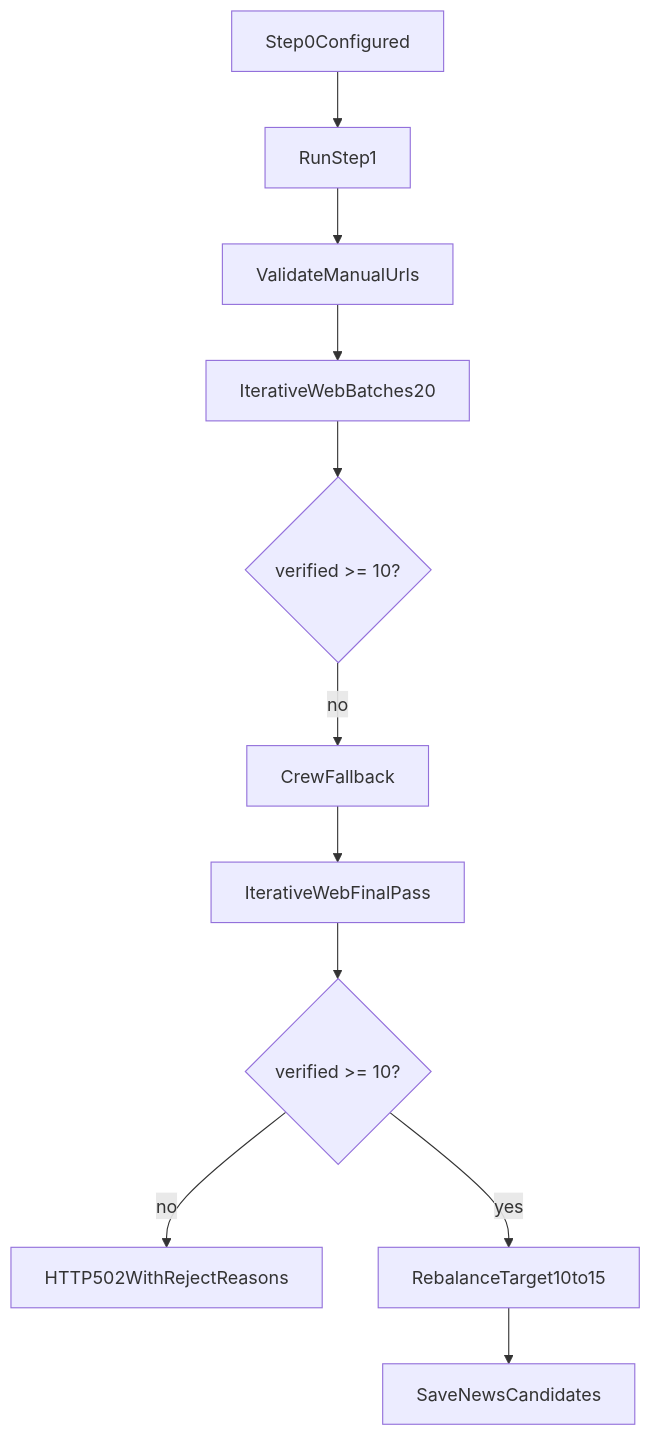
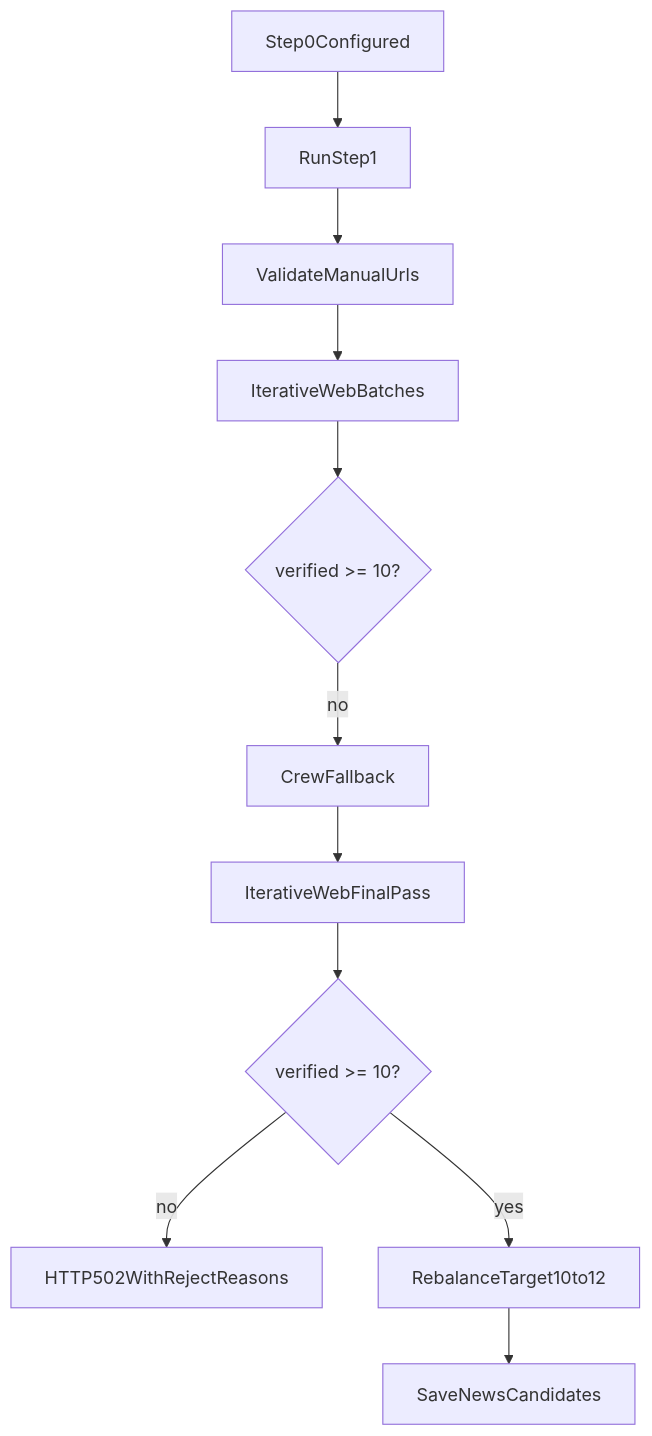
Before and after one commit to Ardierous/NewsAI: the diagram in docs/STEP1_PIPELINE.md, drawn with Mermaid. The commit also changed other lines of this file and 10 other files, not shown here.

````diff
--- a/docs/STEP1_PIPELINE.md
+++ b/docs/STEP1_PIPELINE.md
@@ -79,13 +102,13 @@
 ```mermaid
 flowchart TD
   step0[Step0Configured] --> run[RunStep1]
   run --> manual[ValidateManualUrls]
-  manual --> loop[IterativeWebBatches20]
+  manual --> loop[IterativeWebBatches]
   loop --> gateA{"verified >= 10?"}
   gateA -->|no| crew[CrewFallback]
   crew --> loop2[IterativeWebFinalPass]
   loop2 --> gateB{"verified >= 10?"}
   gateB -->|no| fail[HTTP502WithRejectReasons]
-  gateB -->|yes| rebalance[RebalanceTarget10to15]
+  gateB -->|yes| rebalance[RebalanceTarget10to12]
   rebalance --> save[SaveNewsCandidates]
 ```
````
